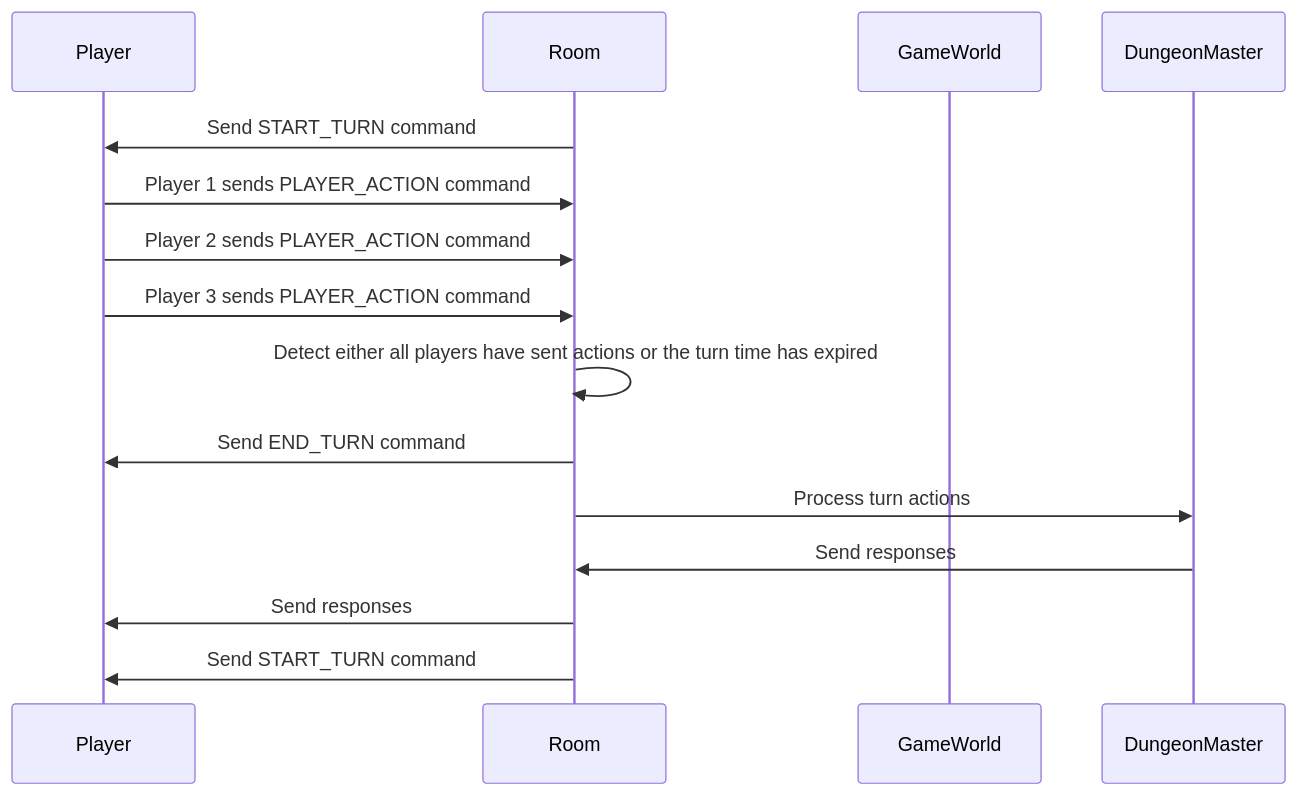
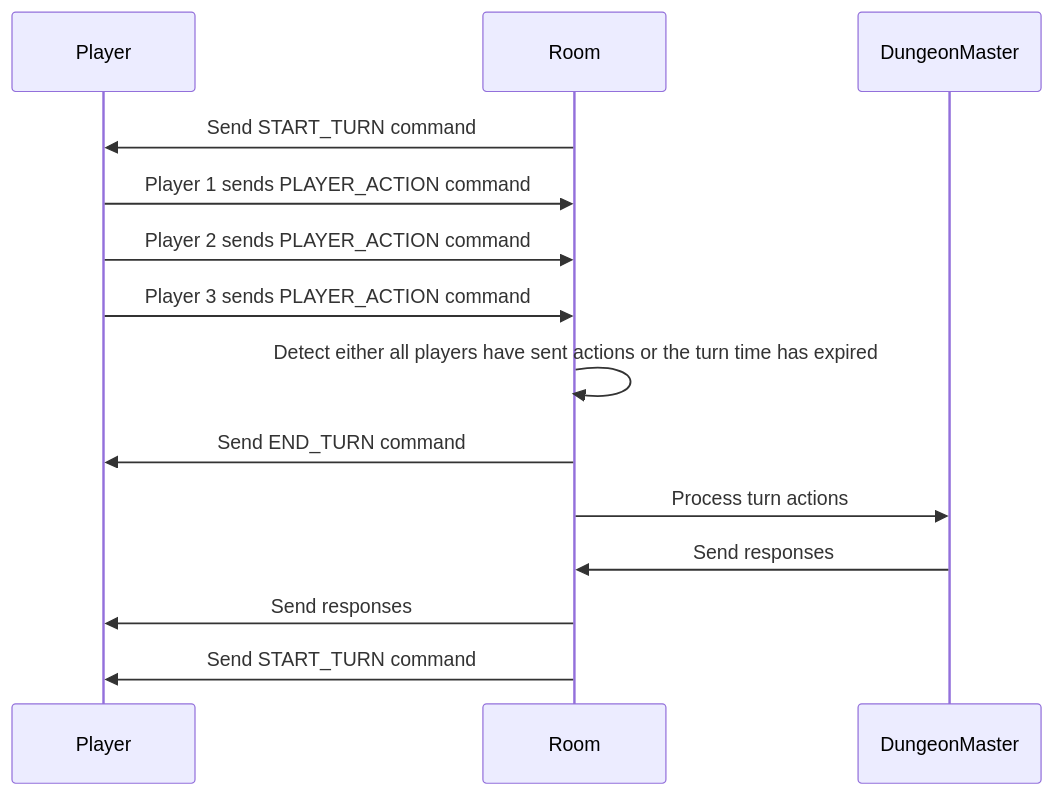
The diagram in docs/dialogue-turn.md (ryanntannn/dicerealm), drawn with Mermaid before and after one commit.

Commit message:
doc: update erd

````diff
--- a/docs/dialogue-turn.md
+++ b/docs/dialogue-turn.md
@@ -11,19 +11,18 @@
 ```mermaid
 
 sequenceDiagram
 		participant Player
 		participant Room
-		participant GameWorld
 
 		Room->>Player: Send START_TURN command
 		Player->>Room: Player 1 sends PLAYER_ACTION command
 		Player->>Room: Player 2 sends PLAYER_ACTION command
 		Player->>Room: Player 3 sends PLAYER_ACTION command
 		Room->>Room: Detect either all players have sent actions or the turn time has expired
 		Room->>Player: Send END_TURN command
 		Room->>DungeonMaster: Process turn actions
 		DungeonMaster->>Room: Send responses
 		Room->>Player: Send responses
 		Room->>Player: Send START_TURN command
 
 ```
````
